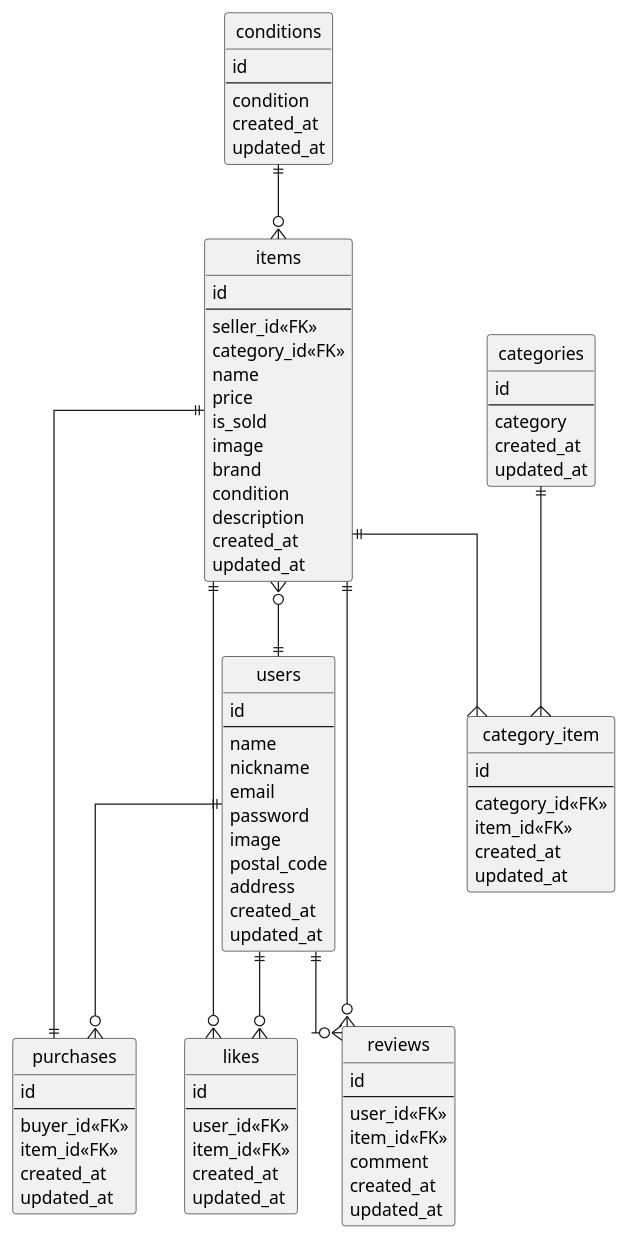
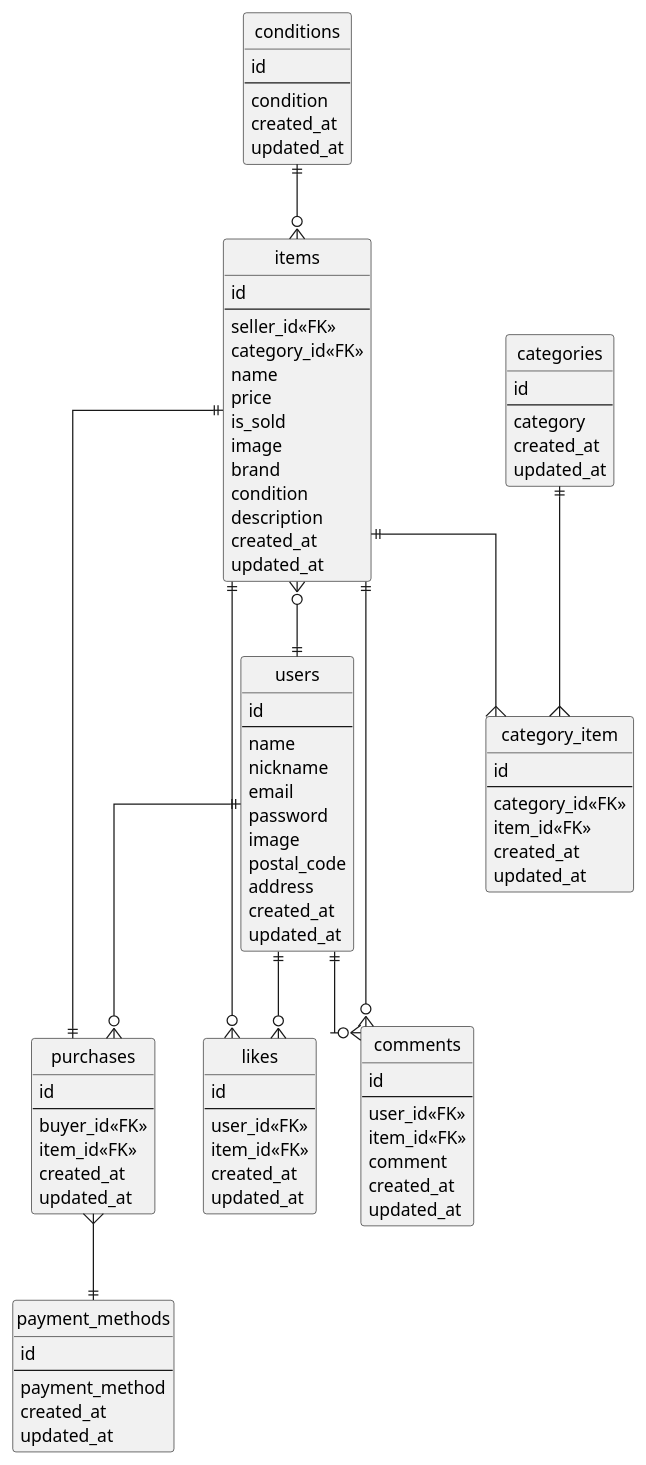
One commit to Atsu-su/carmeri changed the diagram in img/carmeri.plantuml. Above: the diagram before and after it, drawn with PlantUML. The commit also changed 155 other files, not shown here.

```diff
--- a/img/carmeri.plantuml
+++ b/img/carmeri.plantuml
@@ -1,103 +1,111 @@
 @startuml carmeri
 ' hide the spot
 hide circle
 
 ' avoid problems with angled crows feet
 skinparam linetype ortho
 
 entity "users" as users {
   id
   --
   name
   nickname
   email
   password
   image
   postal_code
   address
   created_at
   updated_at
 }
 
 entity "categories" as categories {
   id
   --
   category
   created_at
   updated_at
 }
 
 entity "conditions" as conditions {
   id
   --
   condition
   created_at
   updated_at
 }
 
 entity "category_item" as category_item {
   id
   --
   category_id<<FK>>
   item_id<<FK>>
   created_at
   updated_at
 }
 
 entity "items" as items {
   id
   --
   seller_id<<FK>>
   category_id<<FK>>
   name
   price
   is_sold
   image
   brand
   condition
   description
   created_at
   updated_at
 }
 
+entity "payment_methods" as payment_methods {
+  id
+  --
+  payment_method
+  created_at
+  updated_at
+}
+
 entity "purchases" as purchases {
   id
   --
   buyer_id<<FK>>
   item_id<<FK>>
   created_at
   updated_at
 }
 
 entity "likes" as likes {
   id
   --
   user_id<<FK>>
   item_id<<FK>>
   created_at
   updated_at
 }
 
-entity "reviews" as reviews {
+entity "comments" as comments {
   id
   --
   user_id<<FK>>
   item_id<<FK>>
   comment
   created_at
   updated_at
 }
 
 categories ||--{ category_item
 conditions ||--o{ items
 items ||--{ category_item
 items ||--o{ likes
 items ||--|| purchases
-items ||--o{ reviews
+items ||--o{ comments
 items }o--|| users
 users ||--o{ purchases
 users ||--o{ likes
-users ||--o{ reviews
-
+users ||--o{ comments
+purchases }--|| payment_methods
 
 @enduml
```
